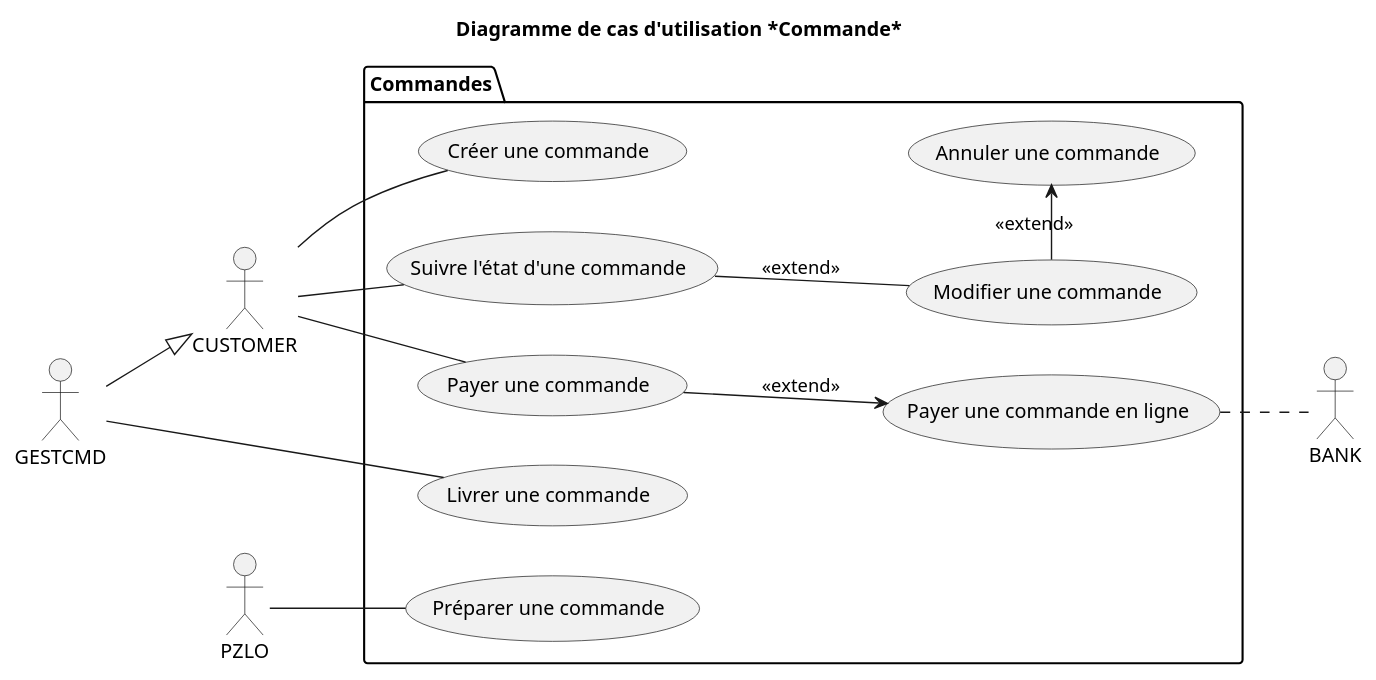
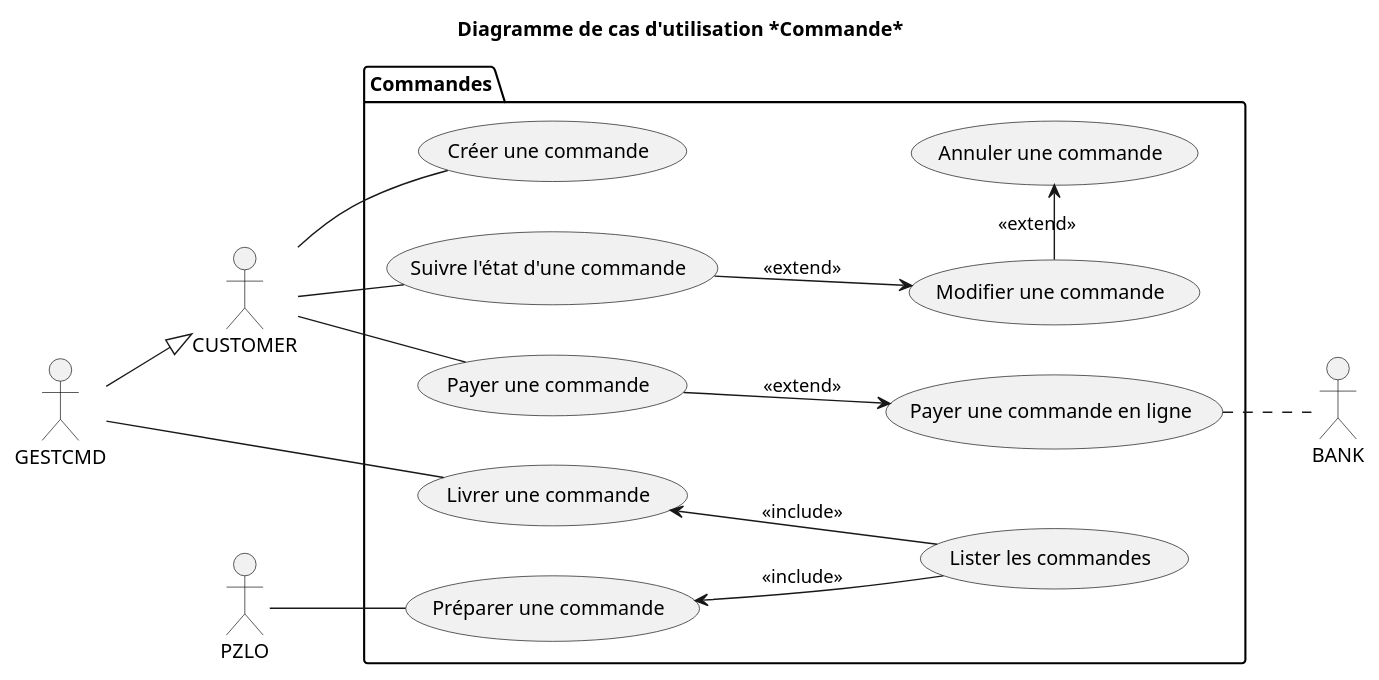
One commit to Zepmanbc/oc_dapython_pr4 changed the diagram in v4/uml/03_commande.puml. Above: the diagram before and after it, drawn with PlantUML. The commit also changed 7 other files, not shown here.

```diff
--- a/v4/uml/03_commande.puml
+++ b/v4/uml/03_commande.puml
@@ -1,35 +1,38 @@
 @startuml 03_commande
 title Diagramme de cas d'utilisation *Commande*
 
 ' actor Gestionnaire_de_commande as GESTCMD
 ' actor Client as CUSTOMER
 ' actor Gestionnaire_de_stock as GESTSTOCK
 ' actor Pizzaiolo as PZLO
 ' actor Responsable as BOSS
 ' actor Banque <<system>> as BANK
 
 package Commandes{
     left to right direction
     (Créer une commande) as CREATE_CMD
     (Préparer une commande) as MAKE_CMD
     (Livrer une commande) as DELIVER_CMD
     (Modifier une commande) as MODIFY_CMD
     (Suivre l'état d'une commande) as FOLLOW_CMD
     (Payer une commande) as PAY_CMD
     (Payer une commande en ligne) as PAY_ONLINE_CMD
     (Annuler une commande) as CANCEL_CMD
+    (Lister les commandes) AS LIST_CMD
 }
 
 CUSTOMER -- CREATE_CMD
 PZLO -- MAKE_CMD
 GESTCMD -- DELIVER_CMD
+MAKE_CMD <-- LIST_CMD: <<include>>
+DELIVER_CMD <-- LIST_CMD: <<include>>
 CUSTOMER -- FOLLOW_CMD
-FOLLOW_CMD -- MODIFY_CMD: <<extend>>
+FOLLOW_CMD --> MODIFY_CMD: <<extend>>
 MODIFY_CMD -> CANCEL_CMD: <<extend>>
 CUSTOMER -- PAY_CMD
 PAY_CMD --> PAY_ONLINE_CMD: <<extend>>
 PAY_ONLINE_CMD .. BANK
 GESTCMD --|> CUSTOMER
 
 
 @enduml
```
